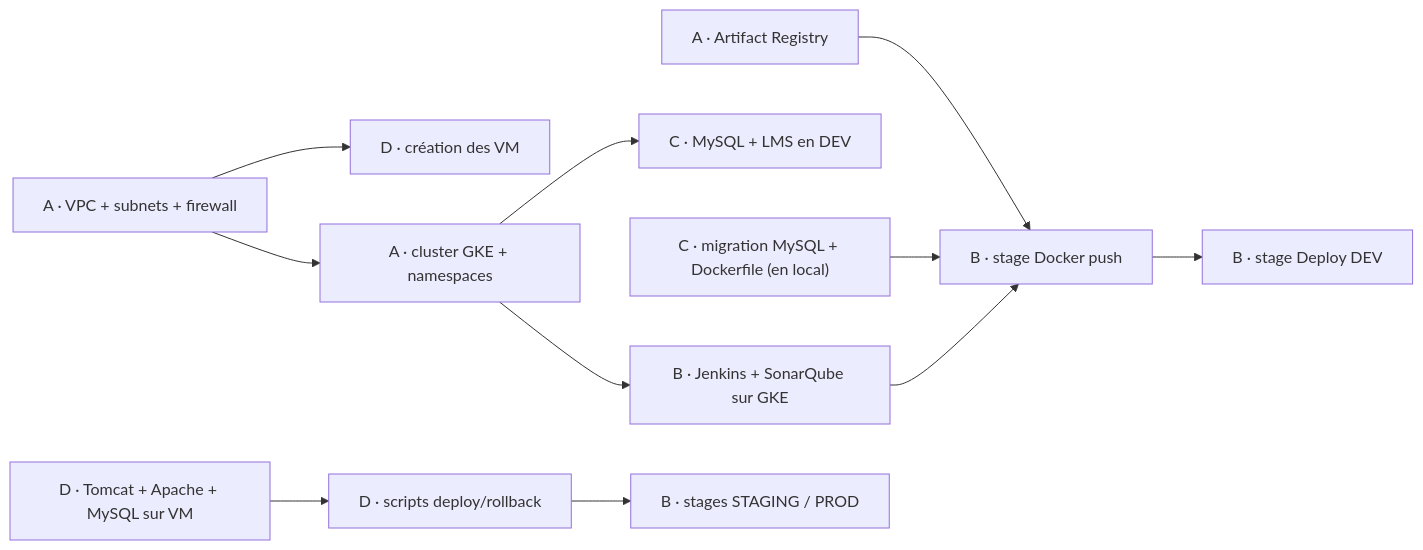
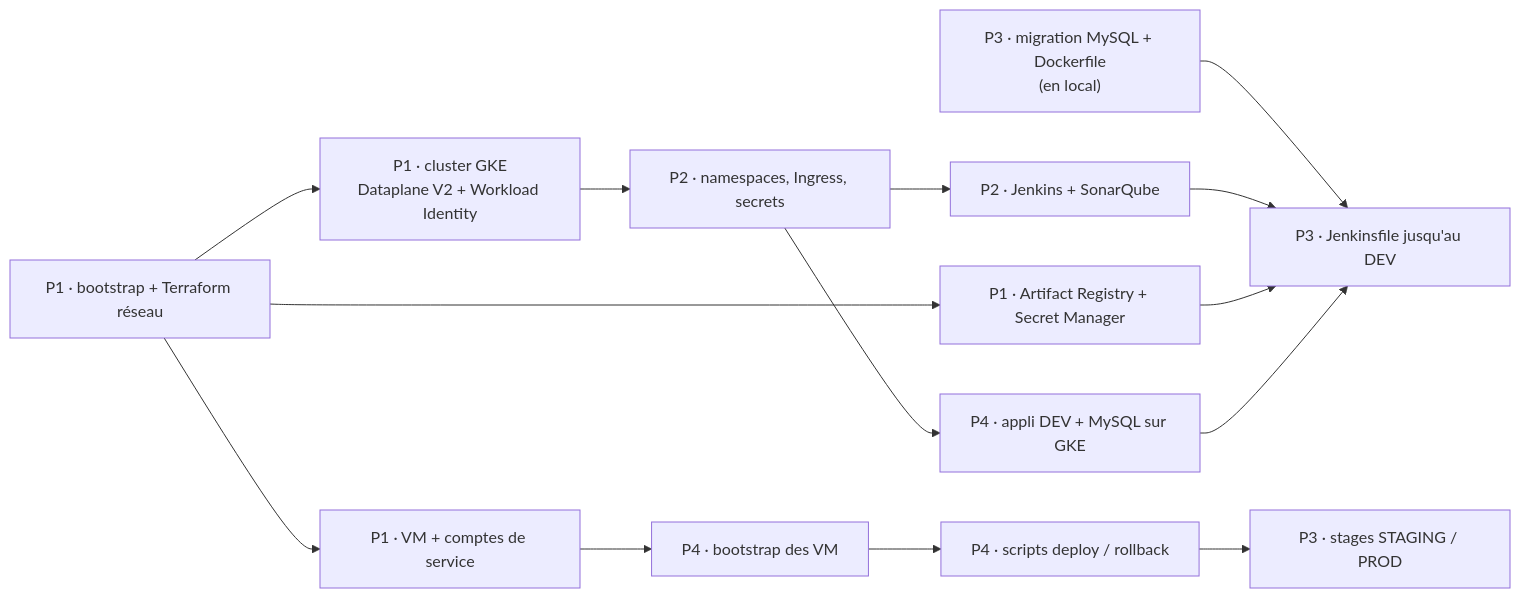
Before and after one commit to asmaharoun1997/aljw-lms-platform: the diagram in docs/PLAN-EQUIPE.md, drawn with Mermaid. The commit also changed other lines of this file and 25 other files, not shown here.

````diff
--- a/docs/PLAN-EQUIPE.md
+++ b/docs/PLAN-EQUIPE.md
@@ -20,12 +44,16 @@
 ```mermaid
 flowchart LR
-    A1["A · VPC + subnets + firewall"] --> D1["D · création des VM"]
-    A1 --> A2["A · cluster GKE + namespaces"]
-    A2 --> B1["B · Jenkins + SonarQube sur GKE"]
-    A2 --> C2["C · MySQL + LMS en DEV"]
-    A3["A · Artifact Registry"] --> B2["B · stage Docker push"]
-    C1["C · migration MySQL + Dockerfile (en local)"] --> B2
-    B1 --> B2 --> B3["B · stage Deploy DEV"]
-    D2["D · Tomcat + Apache + MySQL sur VM"] --> D3["D · scripts deploy/rollback"]
-    D3 --> B4["B · stages STAGING / PROD"]
+    P1a["P1 · bootstrap + Terraform réseau"] --> P1b["P1 · cluster GKE<br>Dataplane V2 + Workload Identity"]
+    P1a --> P1c["P1 · VM + comptes de service"]
+    P1a --> P1d["P1 · Artifact Registry + Secret Manager"]
+    P1b --> P2a["P2 · namespaces, Ingress, secrets"]
+    P2a --> P2b["P2 · Jenkins + SonarQube"]
+    P1c --> P4a["P4 · bootstrap des VM"]
+    P3a["P3 · migration MySQL + Dockerfile<br>(en local)"] --> P3b["P3 · Jenkinsfile jusqu'au DEV"]
+    P2b --> P3b
+    P1d --> P3b
+    P2a --> P4b["P4 · appli DEV + MySQL sur GKE"]
+    P4b --> P3b
+    P4a --> P4c["P4 · scripts deploy / rollback"]
+    P4c --> P3c["P3 · stages STAGING / PROD"]
 ```
````
